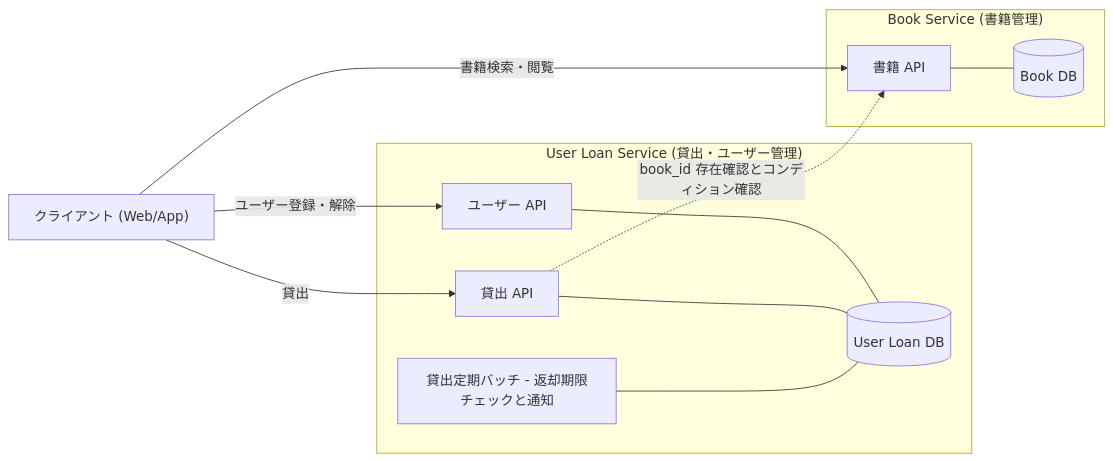
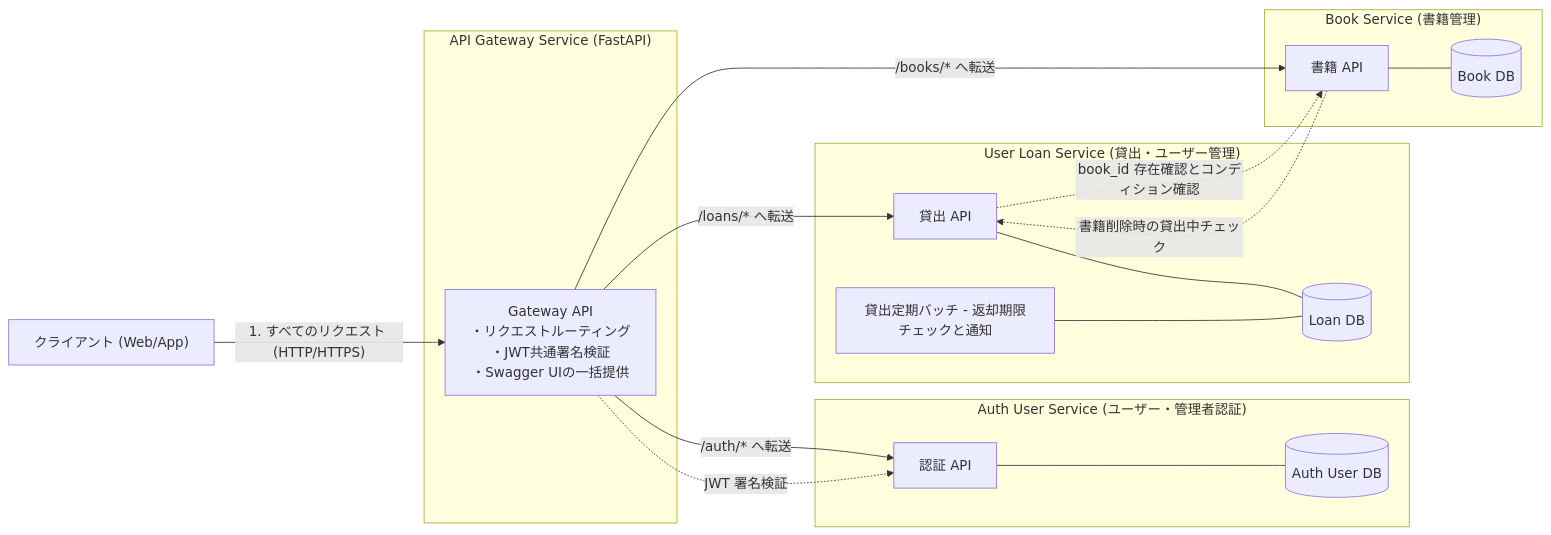
Before and after one commit to s-tsuchida-safie/book-manage-app: the second of 2 diagrams in design.md, drawn with Mermaid. The commit also changed other lines of this file and 16 other files, not shown here.

````diff
--- a/design.md
+++ b/design.md
@@ -48,27 +51,41 @@
 ```mermaid
 flowchart LR
     Client["クライアント (Web/App)"]
 
+    subgraph APIGatewayService ["API Gateway Service (FastAPI)"]
+        GatewayAPI["Gateway API<br>・リクエストルーティング<br>・JWT共通署名検証<br>・Swagger UIの一括提供"]
+    end
+
+    subgraph AuthUserService ["Auth User Service (ユーザー・管理者認証)"]
+        AuthAPI["認証 API"]
+        AuthUserDB[("Auth User DB")]
+        AuthAPI --- AuthUserDB
+    end
+
     subgraph UserLoanService ["User Loan Service (貸出・ユーザー管理)"]
-        UserAPI["ユーザー API"]
         LoanAPI["貸出 API"]
         LoanBatch["貸出定期バッチ - 返却期限チェックと通知"]
-        UserLoanDB[("User Loan DB")]
-
-        UserAPI --- UserLoanDB
-        LoanAPI --- UserLoanDB
-        LoanBatch --- UserLoanDB
+        LoanDB[("Loan DB")]
+        LoanAPI --- LoanDB
+        LoanBatch --- LoanDB
     end
 
     subgraph BookService ["Book Service (書籍管理)"]
         BookAPI["書籍 API"]
         BookDB[("Book DB")]
         BookAPI --- BookDB
     end
 
-    Client -->|貸出| LoanAPI
-    Client -->|ユーザー登録・解除| UserAPI
-    Client -->|書籍検索・閲覧| BookAPI
+    %% クライアントは Gateway API だけと通信する
+    Client -->|"1. すべてのリクエスト (HTTP/HTTPS)"| GatewayAPI
 
+    %% Gateway から裏側の各マイクロサービスへ中継（httpx等）
+    GatewayAPI -->|"/auth/* へ転送"| AuthAPI
+    GatewayAPI -->|"/loans/* へ転送"| LoanAPI
+    GatewayAPI -->|"/books/* へ転送"| BookAPI
+
+    %% サービス間（内部）の直接通信・検証
+    GatewayAPI -.->|JWT 署名検証| AuthAPI
     LoanAPI -.->|book_id 存在確認とコンディション確認| BookAPI
+    BookAPI -.->|書籍削除時の貸出中チェック| LoanAPI
 ```
````
